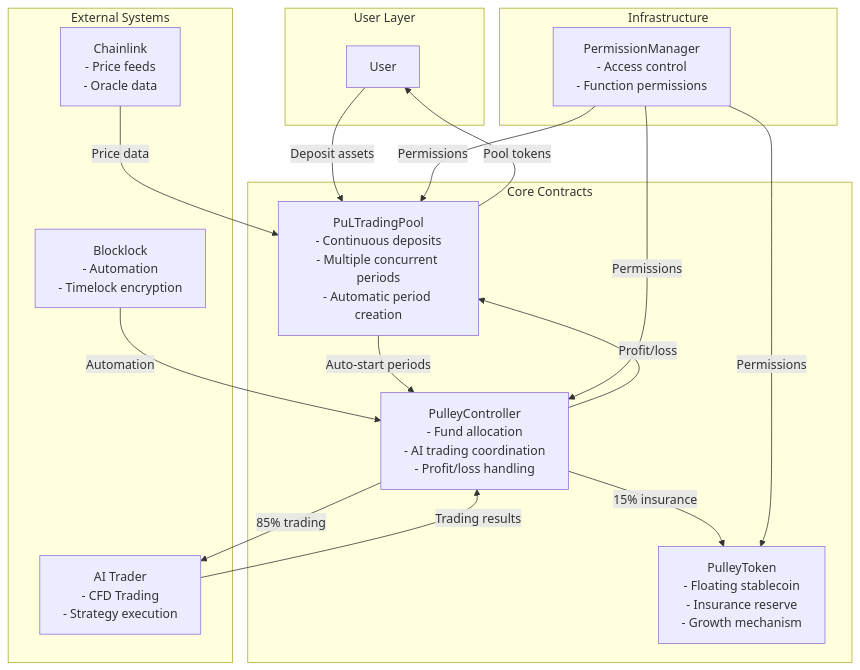
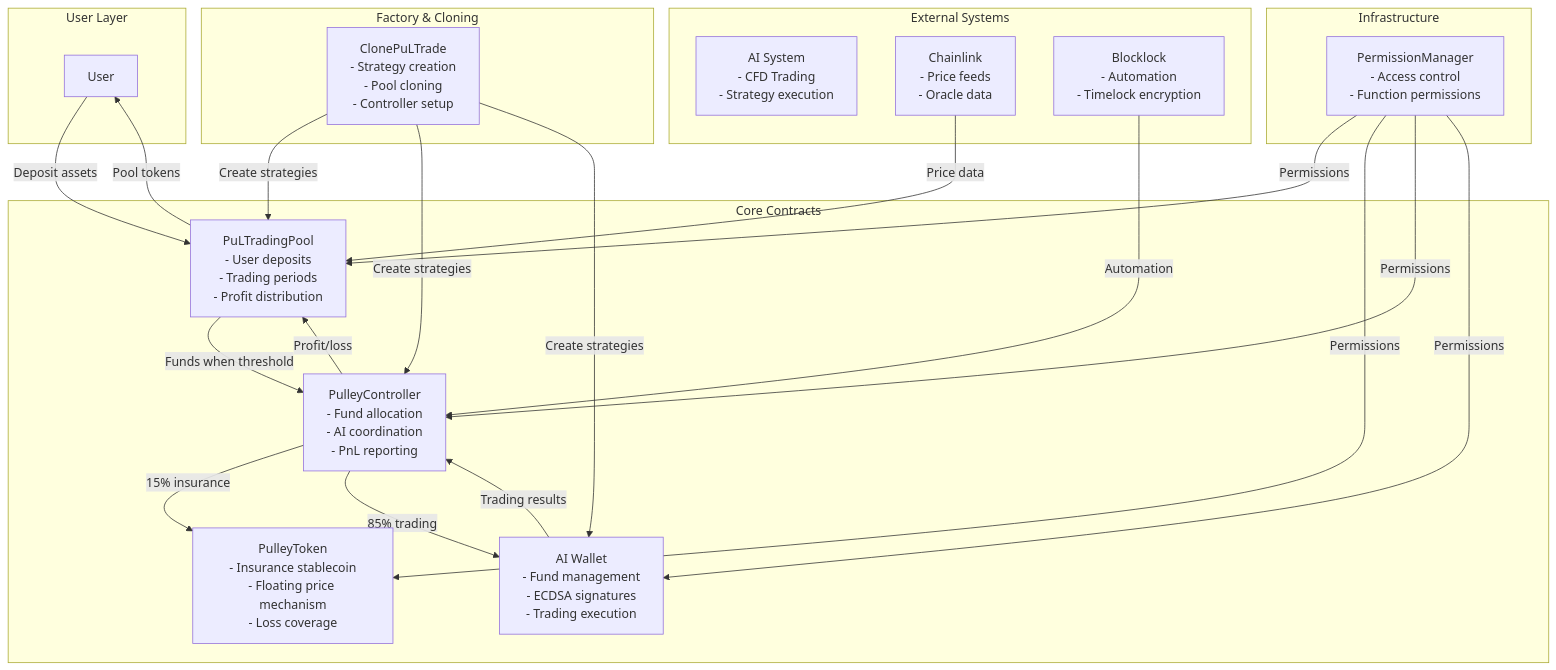
Before and after one commit to Maa-ly/Pulley_evm: the first of 6 diagrams in README.md, drawn with Mermaid. The commit also changed other lines of this file, not shown here.

````diff
--- a/README.md
+++ b/README.md
@@ -120,35 +7,44 @@
 ```mermaid
 graph TB
     subgraph "User Layer"
         U[User]
     end
     
     subgraph "Core Contracts"
-        TP[PuLTradingPool<br/>- Continuous deposits<br/>- Multiple concurrent periods<br/>- Automatic period creation]
-        PT[PulleyToken<br/>- Floating stablecoin<br/>- Insurance reserve<br/>- Growth mechanism]
-        PC[PulleyController<br/>- Fund allocation<br/>- AI trading coordination<br/>- Profit/loss handling]
+        TP[PuLTradingPool<br/>- User deposits<br/>- Trading periods<br/>- Profit distribution]
+        PT[PulleyToken<br/>- Insurance stablecoin<br/>- Floating price mechanism<br/>- Loss coverage]
+        PC[PulleyController<br/>- Fund allocation<br/>- AI coordination<br/>- PnL reporting]
+        AW[AI Wallet<br/>- Fund management<br/>- ECDSA signatures<br/>- Trading execution]
+    end
+    
+    subgraph "Factory & Cloning"
+        CF[ClonePuLTrade<br/>- Strategy creation<br/>- Pool cloning<br/>- Controller setup]
     end
     
     subgraph "External Systems"
-        AI[AI Trader<br/>- CFD Trading<br/>- Strategy execution]
+        AI[AI System<br/>- CFD Trading<br/>- Strategy execution]
+        CL[Chainlink<br/>- Price feeds<br/>- Oracle data]
         BL[Blocklock<br/>- Automation<br/>- Timelock encryption]
-        CL[Chainlink<br/>- Price feeds<br/>- Oracle data]
     end
     
     subgraph "Infrastructure"
         PM[PermissionManager<br/>- Access control<br/>- Function permissions]
     end
     
     U -->|Deposit assets| TP
     TP -->|Pool tokens| U
-    TP -->|Auto-start periods| PC
+    TP -->|Funds when threshold| PC
     PC -->|15% insurance| PT
-    PC -->|85% trading| AI
-    AI -->|Trading results| PC
+    PC -->|85% trading| AW
+    AW -->|Trading results| PC
     PC -->|Profit/loss| TP
+    CF -->|Create strategies| TP
+    CF -->|Create strategies| PC
+    CF -->|Create strategies| AW
     BL -->|Automation| PC
     CL -->|Price data| TP
     PM -->|Permissions| TP
     PM -->|Permissions| PT
     PM -->|Permissions| PC
+    PM -->|Permissions| AW
 ```
````
